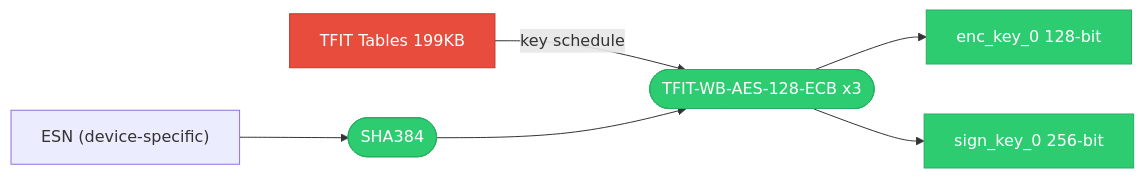
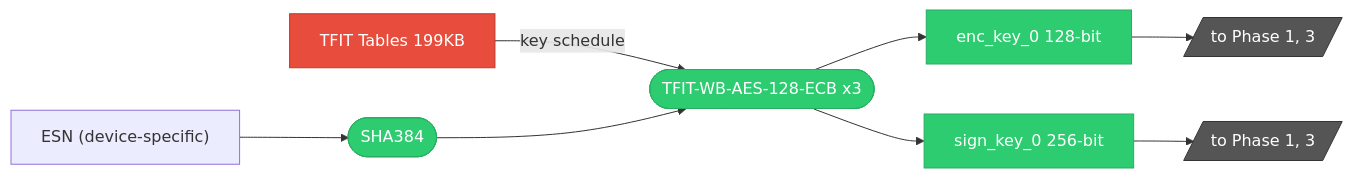
The first of 9 diagrams in docs/spec/msl_key_relationship.md (qtmleap/revkit), drawn with Mermaid before and after one commit. The commit also changed other lines of this file, not shown here.

First line of the commit message:
docs(spec): to Phase N をノードに統一、全Phase間参照を明示

````diff
--- a/docs/spec/msl_key_relationship.md
+++ b/docs/spec/msl_key_relationship.md
@@ -18,14 +18,18 @@
 ```mermaid
 graph LR
     ESN["ESN (device-specific)"] --> OP_SHA0(["SHA384"])
     TFIT_TBL["TFIT Tables 199KB"] -->|key schedule| OP_TFIT0(["TFIT-WB-AES-128-ECB x3"])
     OP_SHA0 --> OP_TFIT0
     OP_TFIT0 --> MGK_ENC["enc_key_0 128-bit"]
     OP_TFIT0 --> MGK_SIGN["sign_key_0 256-bit"]
+    MGK_ENC --> TO_P1a[/"to Phase 1, 3"/]
+    MGK_SIGN --> TO_P1b[/"to Phase 1, 3"/]
 
     style TFIT_TBL fill:#e74c3c,stroke:#c0392b,color:#fff
     style MGK_ENC fill:#2ecc71,stroke:#27ae60,color:#fff
     style MGK_SIGN fill:#2ecc71,stroke:#27ae60,color:#fff
     style OP_SHA0 fill:#2ecc71,stroke:#27ae60,color:#fff
     style OP_TFIT0 fill:#2ecc71,stroke:#27ae60,color:#fff
+    style TO_P1a fill:#555,stroke:#333,color:#fff
+    style TO_P1b fill:#555,stroke:#333,color:#fff
 ```
````
